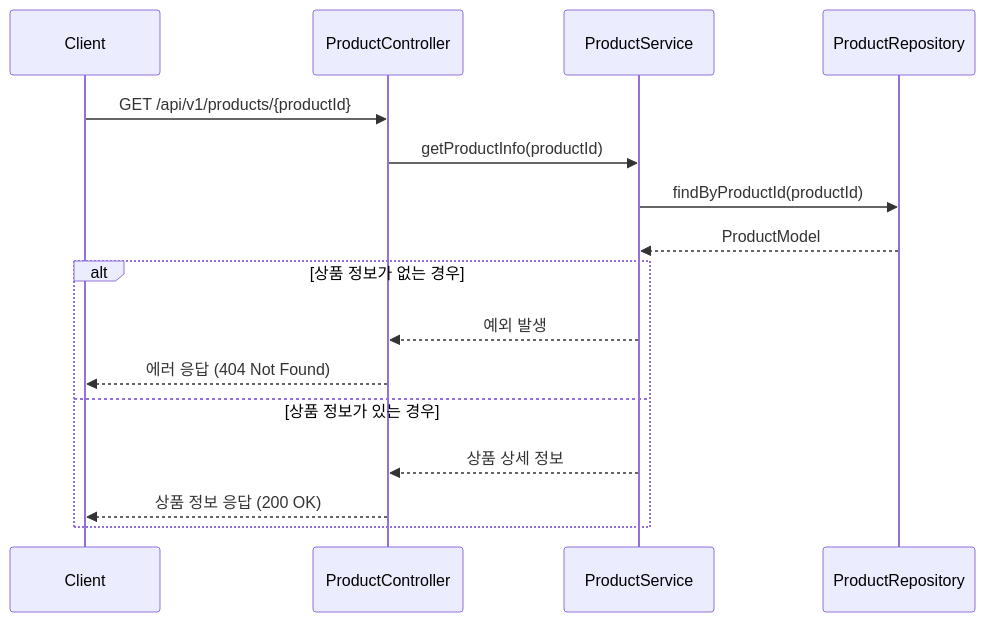
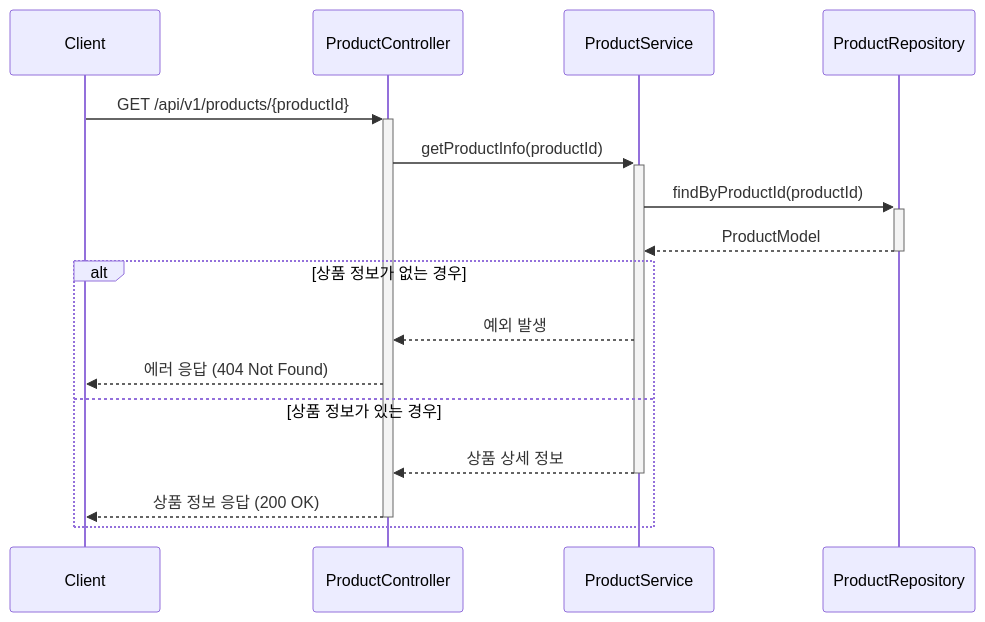
One commit to Loopers-dev-lab/loop-pack-be-l2-vol3-kotlin changed the third of 21 diagrams in .docs/design/02-sequence-diagrams.md. Above: the diagram before and after it, drawn with Mermaid. The commit also changed other lines of this file, not shown here.

Commit message:
docs: 시퀀스 다이어그램 activation bar 추가

````diff
--- a/.docs/design/02-sequence-diagrams.md
+++ b/.docs/design/02-sequence-diagrams.md
@@ -70,20 +70,20 @@
 ```mermaid
 sequenceDiagram
     participant Client
     participant ProductController
     participant ProductService
     participant ProductRepository
 
-    Client ->> ProductController: GET /api/v1/products/{productId}
-    ProductController ->> ProductService: getProductInfo(productId)
-    ProductService ->> ProductRepository: findByProductId(productId)
-    ProductRepository -->> ProductService: ProductModel
+    Client ->>+ ProductController: GET /api/v1/products/{productId}
+    ProductController ->>+ ProductService: getProductInfo(productId)
+    ProductService ->>+ ProductRepository: findByProductId(productId)
+    ProductRepository -->>- ProductService: ProductModel
 
     alt 상품 정보가 없는 경우
         ProductService -->> ProductController: 예외 발생
         ProductController -->> Client: 에러 응답 (404 Not Found)
     else 상품 정보가 있는 경우
-        ProductService -->> ProductController: 상품 상세 정보
-        ProductController -->> Client: 상품 정보 응답 (200 OK)
+        ProductService -->>- ProductController: 상품 상세 정보
+        ProductController -->>- Client: 상품 정보 응답 (200 OK)
     end
 ```
````
